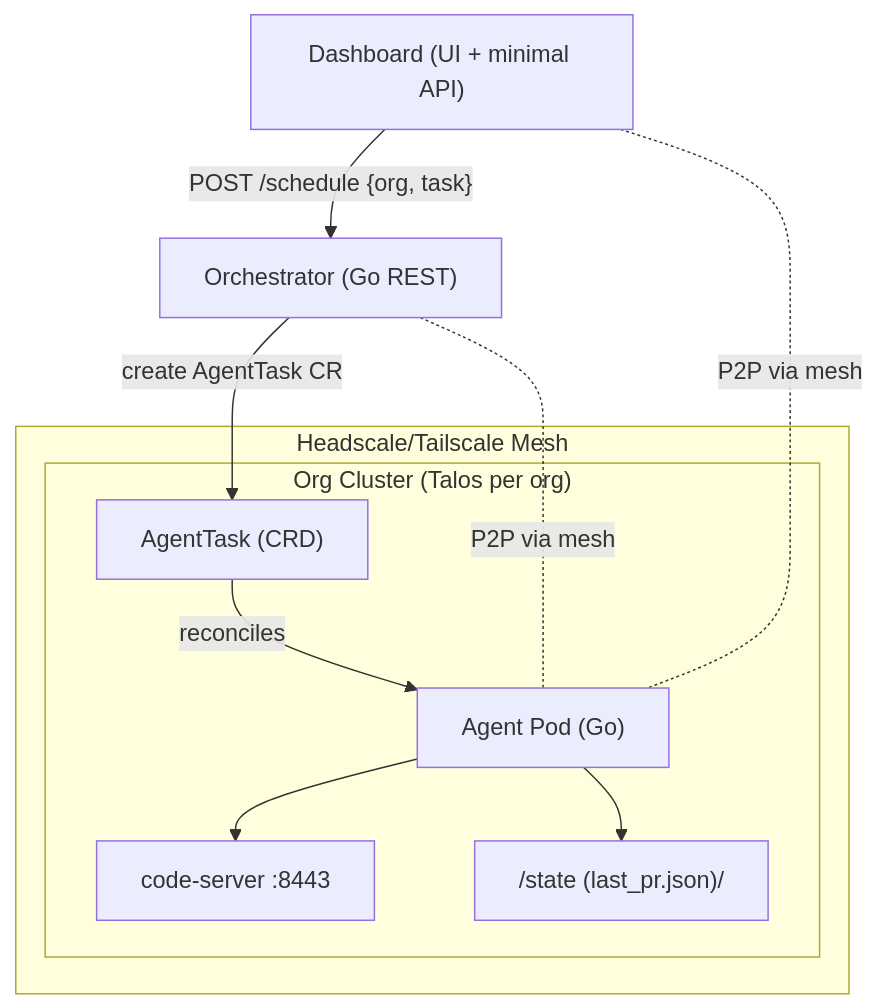
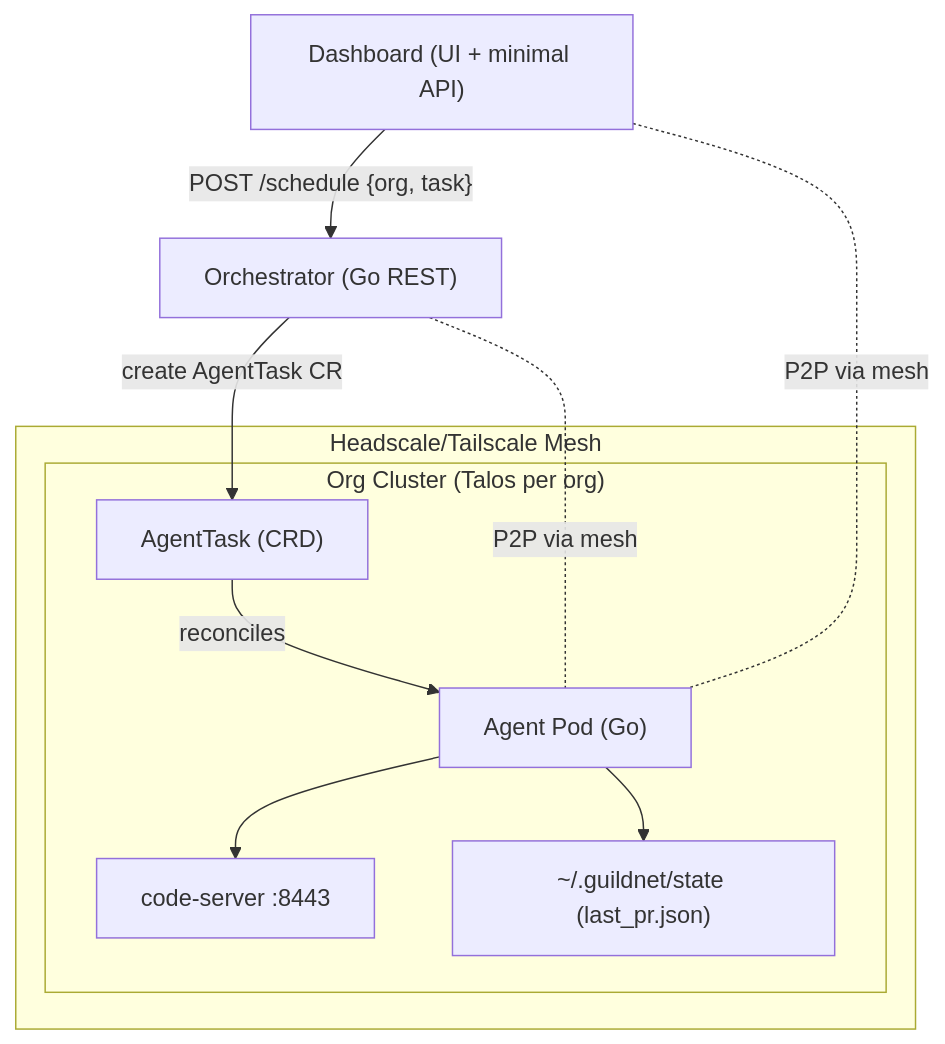
One commit to HexaField/decentralized-agent-coding-framework changed the diagram in architecture.md. Above: the diagram before and after it, drawn with Mermaid. The commit also changed other lines of this file and 13 other files, not shown here.

````diff
--- a/architecture.md
+++ b/architecture.md
@@ -28,24 +28,24 @@
 ```mermaid
 graph TD
   D["Dashboard (UI + minimal API)"]
   O["Orchestrator (Go REST)"]
 
   subgraph Mesh["Headscale/Tailscale Mesh"]
     subgraph OrgCluster["Org Cluster (Talos per org)"]
       A["Agent Pod (Go)"]
       CS["code-server :8443"]
-      ST["/state (last_pr.json)/"]
+      ST["~/.guildnet/state (last_pr.json)"]
       A --> CS
       A --> ST
       AT["AgentTask (CRD)"]
     end
   end
 
   D -->|"POST /schedule {org, task}"| O
   O -->|"create AgentTask CR"| AT
   AT -->|"reconciles"| A
 
   %% Mesh-secured connectivity for interactive/editor access
   D -. P2P via mesh .- A
   O -. P2P via mesh .- A
 ```
````
